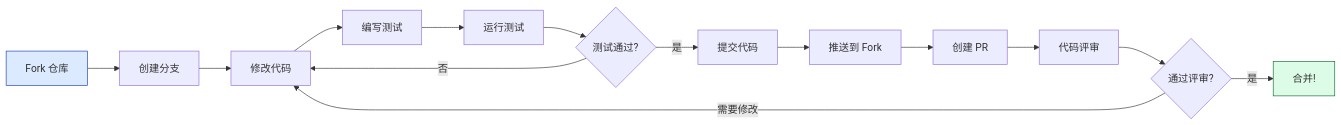
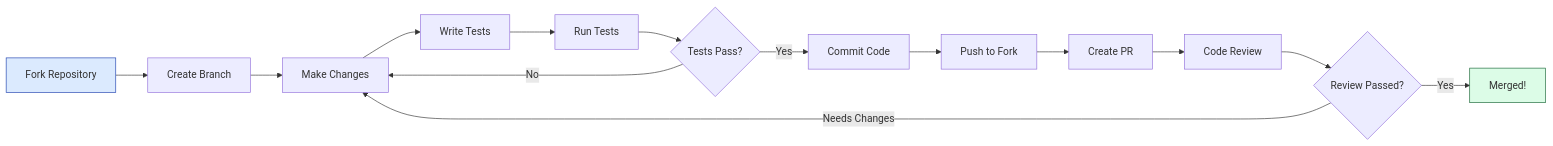
One commit to Kirky-X/confers changed the first of 2 diagrams in docs/CONTRIBUTING.md. Above: the diagram before and after it, drawn with Mermaid. The commit also changed other lines of this file and 6 other files, not shown here.

````diff
--- a/docs/CONTRIBUTING.md
+++ b/docs/CONTRIBUTING.md
@@ -222,19 +252,19 @@
 ```mermaid
 graph LR
-    A[Fork 仓库] --> B[创建分支]
-    B --> C[修改代码]
-    C --> D[编写测试]
-    D --> E[运行测试]
-    E --> F{测试通过?}
-    F -->|否| C
-    F -->|是| G[提交代码]
-    G --> H[推送到 Fork]
-    H --> I[创建 PR]
-    I --> J[代码评审]
-    J --> K{通过评审?}
-    K -->|需要修改| C
-    K -->|是| L[合并!]
+    A[Fork Repository] --> B[Create Branch]
+    B --> C[Make Changes]
+    C --> D[Write Tests]
+    D --> E[Run Tests]
+    E --> F{Tests Pass?}
+    F -->|No| C
+    F -->|Yes| G[Commit Code]
+    G --> H[Push to Fork]
+    H --> I[Create PR]
+    I --> J[Code Review]
+    J --> K{Review Passed?}
+    K -->|Needs Changes| C
+    K -->|Yes| L[Merged!]
     
     style A fill:#DBEAFE,stroke:#1E40AF
     style L fill:#DCFCE7,stroke:#166534
 ```
````
